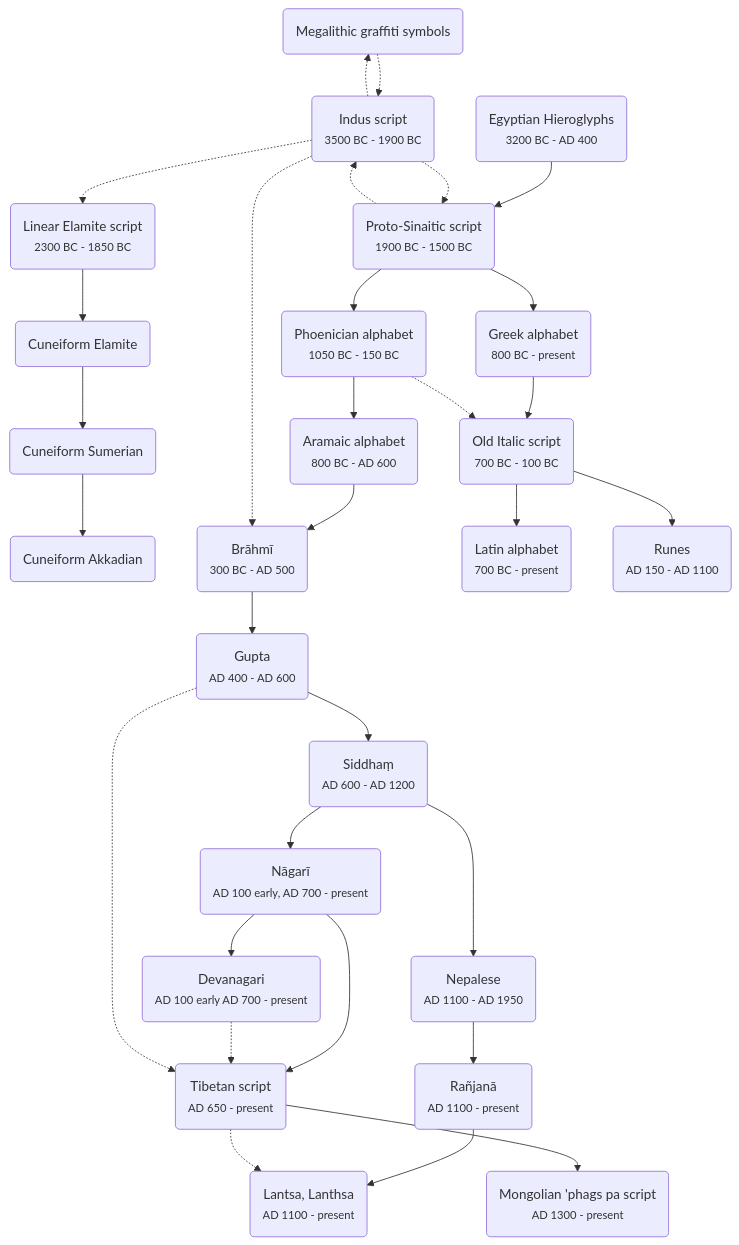
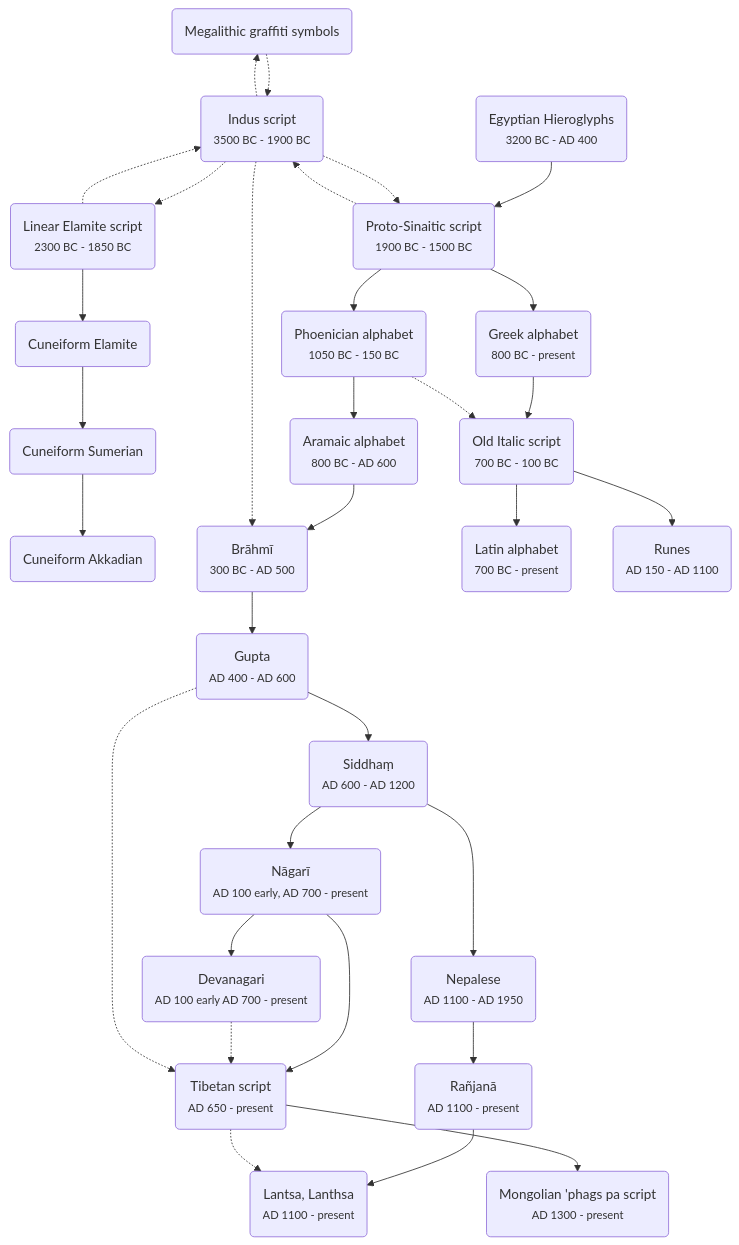
One commit to DigitalTibetan/DigitalTibetan changed the first of 4 diagrams in docs/tibetan_script_history.md. Above: the diagram before and after it, drawn with Mermaid.

````diff
--- a/docs/tibetan_script_history.md
+++ b/docs/tibetan_script_history.md
@@ -72,34 +72,35 @@
 ```mermaid
 graph TD;  
 BA(Megalithic graffiti symbols)-.->BB(Indus script<br><small>3500 BC - 1900 BC<small/>);
 
 CA(Linear Elamite script<br><small>2300 BC - 1850 BC</small>)-->CB(Cuneiform Elamite);
 CB-->CD(Cuneiform Sumerian);
 CD-->CE(Cuneiform Akkadian);
 L0A(Egyptian Hieroglyphs<br><small>3200 BC - AD 400</small>)-->LA(Proto-Sinaitic script<br><small>1900 BC - 1500 BC</small>);
 LA-->LB(Phoenician alphabet<br><small>1050 BC - 150 BC</small>);
 LB-->LC(Aramaic alphabet<br><small>800 BC - AD 600</small>);
 LC-->LD(Brāhmī<br><small>300 BC - AD 500</small>);
 LD-->LE(Gupta<br><small>AD 400 - AD 600</small>);
 LE-->LF(Siddhaṃ<br><small>AD 600 - AD 1200</small>);
 LF-->LF2(Nepalese<br><small>AD 1100 - AD 1950</small>);
 LF2-->LF3(Rañjanā<br><small>AD 1100 - present</small>);
 LF3-->LF4(Lantsa, Lanthsa<br><small>AD 1100 - present</small>)
 LF-->LG(Nāgarī<br><small>AD 100 early, AD 700 - present</small>);
 LG-->LH(Devanagari<br><small>AD 100 early AD 700 - present</small>);
 LG-->LI;
 LH-.->LI(Tibetan script<br><small>AD 650 - present</small>);
-LI-->LI2(Mongolian 'phags pa script<br><small>AD 1300 - present</small>)
 LA-->LK(Greek alphabet<br><small>800 BC - present</small>);
 LK-->LL(Old Italic script<br><small>700 BC - 100 BC</small>);
 LL-->LM(Latin alphabet<br><small>700 BC - present</small>);
 LL-->LN(Runes<br><small>AD 150 - AD 1100</small>);
+LI-->LI2(Mongolian 'phags pa script<br><small>AD 1300 - present</small>)
 BB-.->LD;
 BB-.->BA;
 BB-.->CA;
+CA-.->BB;
 LB-.->LL;
 LE-.->LI;
 BB-.->LA;
 LA-.->BB;
 LI-.->LF4;
 ```
````
